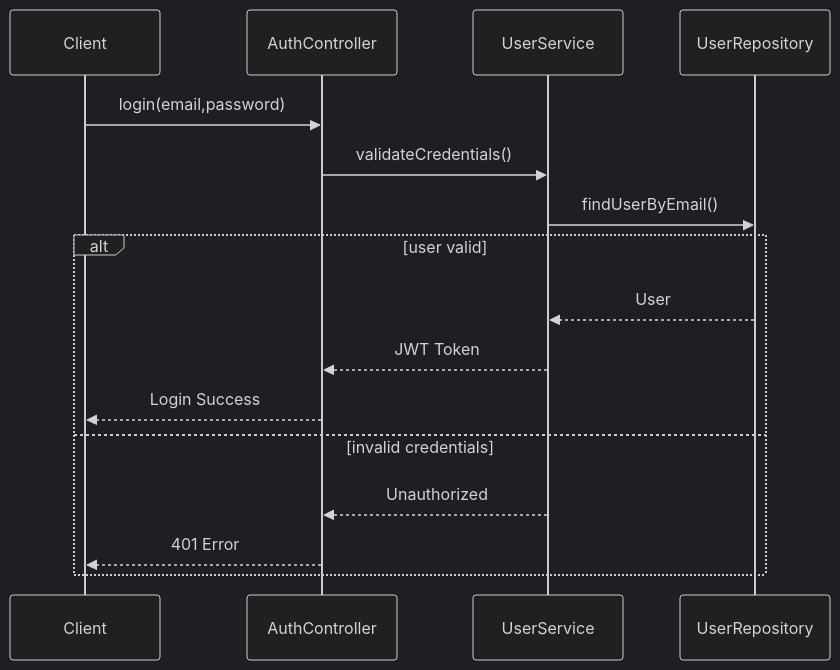
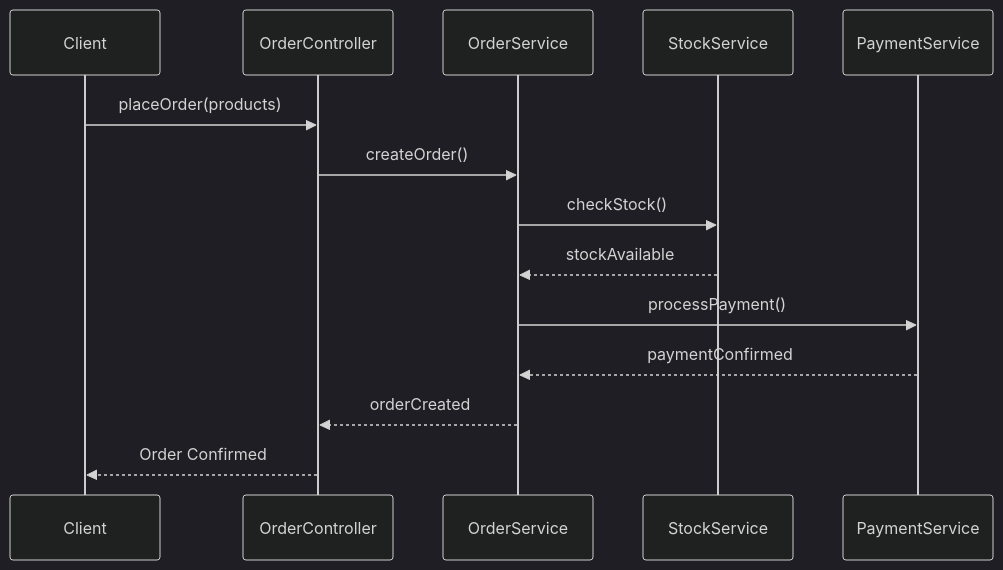
Before and after one commit to DanutSavu/lab2: the diagram in README.md, drawn with Mermaid (dark theme). The commit also changed other lines of this file, not shown here.

Commit message:
Add order processing sequence diagram to README

````diff
--- a/README.md
+++ b/README.md
@@ -1,20 +1,20 @@
 ```mermaid
 sequenceDiagram
     participant C as Client
-    participant A as AuthController
-    participant U as UserService
-    participant R as UserRepository
+    participant OC as OrderController
+    participant OS as OrderService
+    participant SS as StockService
+    participant PS as PaymentService
 
-    C->>A: login(email,password)
-    A->>U: validateCredentials()
-    U->>R: findUserByEmail()
+    C->>OC: placeOrder(products)
+    OC->>OS: createOrder()
 
-    alt user valid
-        R-->>U: User
-        U-->>A: JWT Token
-        A-->>C: Login Success
-    else invalid credentials
-        U-->>A: Unauthorized
-        A-->>C: 401 Error
-    end
+    OS->>SS: checkStock()
+    SS-->>OS: stockAvailable
+
+    OS->>PS: processPayment()
+    PS-->>OS: paymentConfirmed
+
+    OS-->>OC: orderCreated
+    OC-->>C: Order Confirmed
 ```
````
